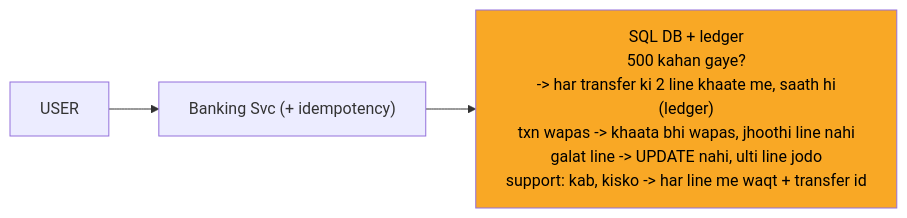
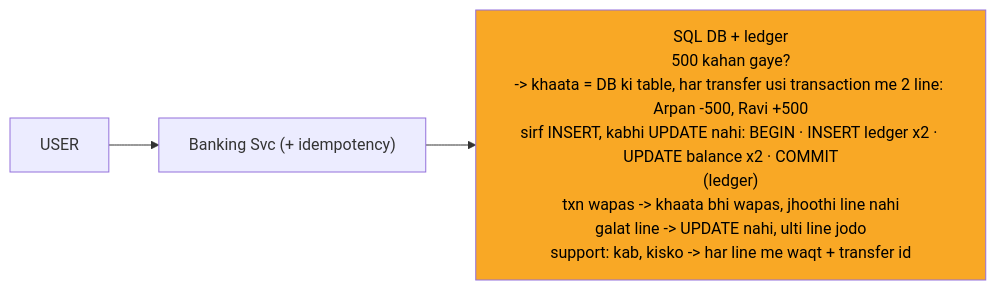
One commit to ArpanMaheshwari144/Prep changed the fifth of 13 diagrams in 04_HLD/SYSTEM_DESIGNS/13_banking_system/13_banking_system.md. Above: the diagram before and after it, drawn with Mermaid. The commit also changed other lines of this file and 13 other files, not shown here.

````diff
--- a/04_HLD/SYSTEM_DESIGNS/13_banking_system/13_banking_system.md
+++ b/04_HLD/SYSTEM_DESIGNS/13_banking_system/13_banking_system.md
@@ -176,10 +179,10 @@
 ```mermaid
 %%{init: {"flowchart": {"wrappingWidth": 450}}}%%
 flowchart LR
     n_USER["USER"]
     n_SVC["Banking Svc (+ idempotency)"]
-    n_DB["SQL DB + ledger<br/>500 kahan gaye?<br/>-> har transfer ki 2 line khaate me, saath hi<br/>(ledger)<br/>txn wapas -> khaata bhi wapas, jhoothi line nahi<br/>galat line -> UPDATE nahi, ulti line jodo<br/>support: kab, kisko -> har line me waqt + transfer id"]
+    n_DB["SQL DB + ledger<br/>500 kahan gaye?<br/>-> khaata = DB ki table, har transfer usi transaction me 2 line: Arpan -500, Ravi +500<br/>sirf INSERT, kabhi UPDATE nahi: BEGIN · INSERT ledger x2 · UPDATE balance x2 · COMMIT<br/>(ledger)<br/>txn wapas -> khaata bhi wapas, jhoothi line nahi<br/>galat line -> UPDATE nahi, ulti line jodo<br/>support: kab, kisko -> har line me waqt + transfer id"]
     n_USER --> n_SVC
     n_SVC --> n_DB
     style n_DB fill:#f9a825,color:#000
 ```
````
